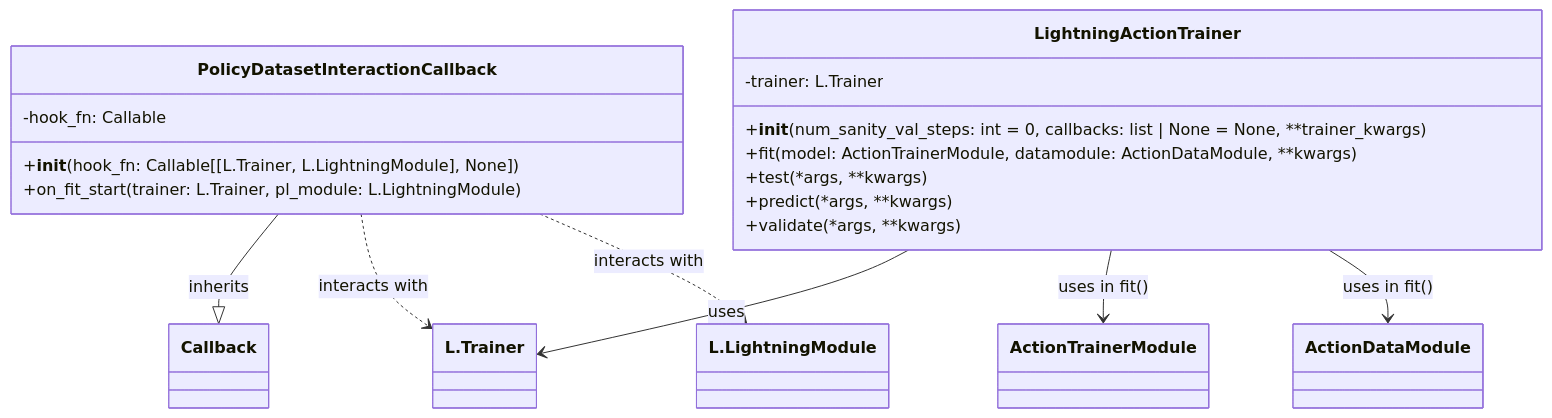
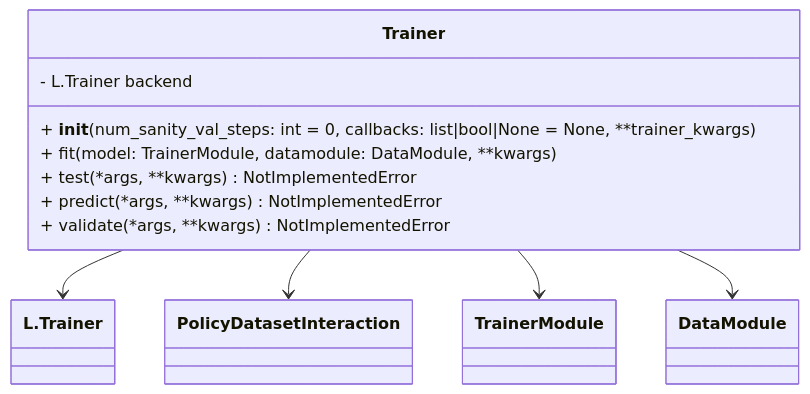
Before and after one commit to open-edge-platform/physical-ai-studio: the diagram in lib/docs/design/trainer/overview.md, drawn with Mermaid. The commit also changed 27 other files, not shown here.

````diff
--- a/lib/docs/design/trainer/overview.md
+++ b/lib/docs/design/trainer/overview.md
@@ -6,30 +8,21 @@
 ```mermaid
 classDiagram
-    class Callback
     class L.Trainer
-    class L.LightningModule
-    class ActionTrainerModule
-    class ActionDataModule
+    class PolicyDatasetInteraction
+    class TrainerModule
+    class DataModule
 
-    class PolicyDatasetInteractionCallback {
-        +__init__(hook_fn: Callable[[L.Trainer, L.LightningModule], None])
-        +on_fit_start(trainer: L.Trainer, pl_module: L.LightningModule)
-        -hook_fn: Callable
+    class Trainer {
+        - L.Trainer backend
+        + __init__(num_sanity_val_steps: int = 0, callbacks: list|bool|None = None, **trainer_kwargs)
+        + fit(model: TrainerModule, datamodule: DataModule, **kwargs)
+        + test(*args, **kwargs) NotImplementedError
+        + predict(*args, **kwargs) NotImplementedError
+        + validate(*args, **kwargs) NotImplementedError
     }
 
-    class LightningActionTrainer {
-        +__init__(num_sanity_val_steps: int = 0, callbacks: list | None = None, **trainer_kwargs)
-        +fit(model: ActionTrainerModule, datamodule: ActionDataModule, **kwargs)
-        +test(*args, **kwargs)
-        +predict(*args, **kwargs)
-        +validate(*args, **kwargs)
-        -trainer: L.Trainer
-    }
-
-    PolicyDatasetInteractionCallback --|> Callback : inherits
-    LightningActionTrainer --> L.Trainer : uses
-    LightningActionTrainer --> ActionTrainerModule : uses in fit()
-    LightningActionTrainer --> ActionDataModule : uses in fit()
-    PolicyDatasetInteractionCallback ..> L.Trainer : interacts with
-    PolicyDatasetInteractionCallback ..> L.LightningModule : interacts with
+    Trainer --> L.Trainer
+    Trainer --> PolicyDatasetInteraction
+    Trainer --> TrainerModule
+    Trainer --> DataModule
 ```
````
